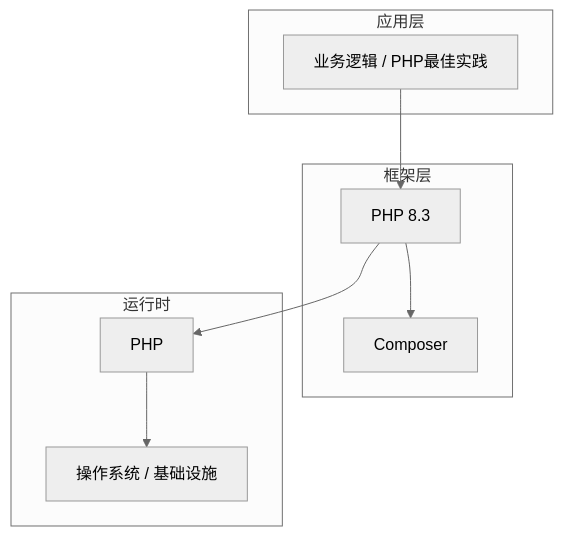
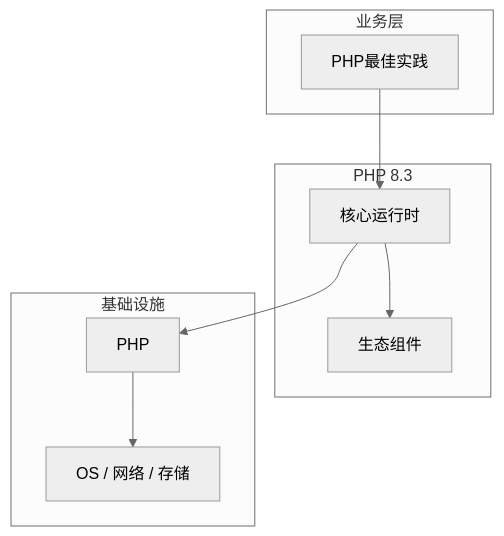
Before and after one commit to yanggan2015/knowledge-json-v2: the diagram in articles/PHP/chapters/076-PHP最佳实践核心概念与原理.md, drawn with Mermaid (neutral theme). The commit also changed other lines of this file and 10127 other files, not shown here.

````diff
--- a/articles/PHP/chapters/076-PHP最佳实践核心概念与原理.md
+++ b/articles/PHP/chapters/076-PHP最佳实践核心概念与原理.md
@@ -45,18 +34,18 @@
 ```mermaid
 graph TB
-    subgraph 应用层
-        A[业务逻辑 / PHP最佳实践]
+    subgraph 业务层
+        A[PHP最佳实践]
     end
-    subgraph 框架层
-        B[PHP 8.3]
-        C[Composer]
+    subgraph PHP 8.3
+        B[核心运行时]
+        C[生态组件]
     end
-    subgraph 运行时
+    subgraph 基础设施
         D[PHP]
-        E[操作系统 / 基础设施]
+        E[OS / 网络 / 存储]
     end
     A --> B
     B --> C
     B --> D
     D --> E
 ```
````
